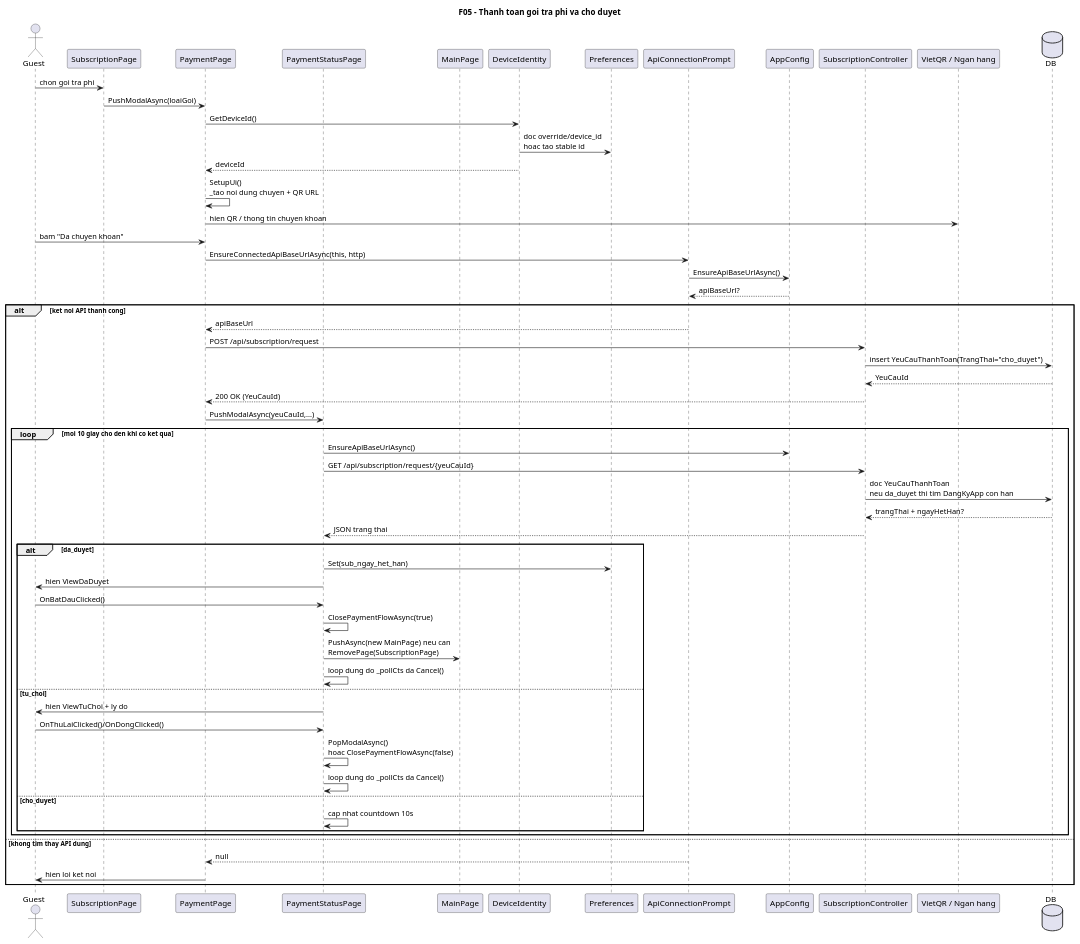
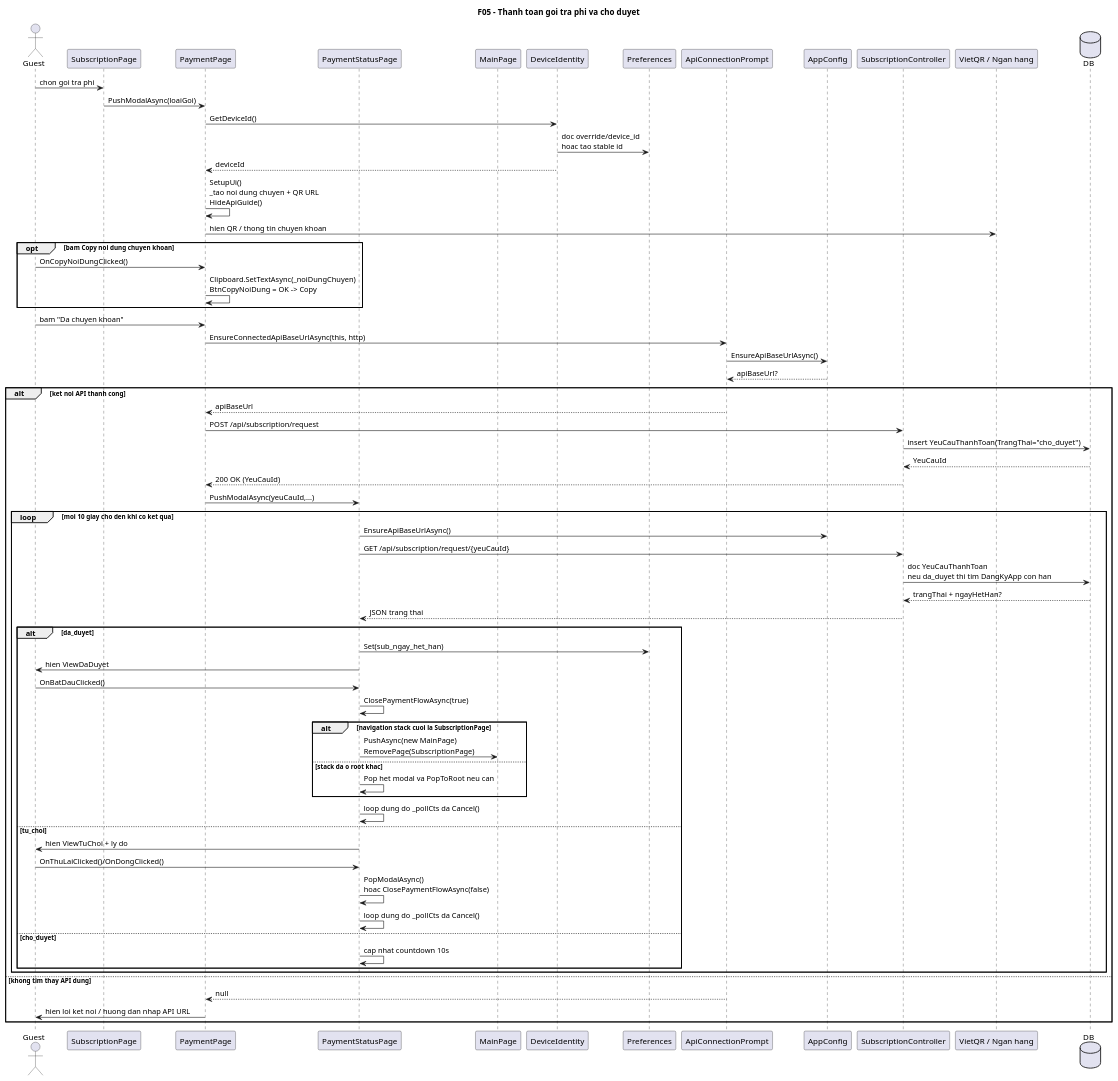
One commit to VoBao182/PhoAmThuc changed the diagram in docs/diagrams/05-paid-plan-sequence.puml. Above: the diagram before and after it, drawn with PlantUML. The commit also changed 11 other files, not shown here.

```diff
--- a/docs/diagrams/05-paid-plan-sequence.puml
+++ b/docs/diagrams/05-paid-plan-sequence.puml
@@ -1,75 +1,84 @@
 @startuml
 ' Diagram: F05 - Thanh toan goi tra phi va cho duyet (Sequence)
 ' Status: VERIFIED
 ' Baseline: branch master, current worktree @ HEAD 3158ff7
 ' Source:
 ' - VinhKhanhTourDemo/SubscriptionPage.xaml.cs: OnMuaGoiClicked()
 ' - VinhKhanhTourDemo/PaymentPage.xaml.cs: SetupUi(), OnDaChuyenKhoanClicked()
 ' - VinhKhanhTourDemo/DeviceIdentity.cs: GetDeviceId()
 ' - VinhKhanhTourDemo/ApiConnectionPrompt.cs: EnsureConnectedApiBaseUrlAsync()
 ' - VinhKhanhTourDemo/PaymentStatusPage.xaml.cs: StartPollingAsync(), PollStatusAsync(), ClosePaymentFlowAsync()
 ' - VinhKhanhTour.API/Controllers/SubscriptionController.cs: CreateRequest(), GetRequestStatus()
-' Note: Sequence da khop voi DeviceIdentity.GetDeviceId(), polling 10 giay, va ClosePaymentFlowAsync hien tai.
+' Note: Sequence chi tiet hoa tao transfer note/QR, prompt API URL thu cong, polling 10 giay, va xu ly modal stack sau khi duyet/tu choi.
 title F05 - Thanh toan goi tra phi va cho duyet
 
 actor Guest
 participant SubscriptionPage
 participant PaymentPage
 participant PaymentStatusPage
 participant MainPage
 participant DeviceIdentity
 participant Preferences
 participant ApiConnectionPrompt
 participant AppConfig
 participant "SubscriptionController" as SubscriptionController
 participant "VietQR / Ngan hang" as Bank
 database DB
 
 Guest -> SubscriptionPage: chon goi tra phi
 SubscriptionPage -> PaymentPage: PushModalAsync(loaiGoi)
 PaymentPage -> DeviceIdentity: GetDeviceId()
 DeviceIdentity -> Preferences: doc override/device_id\nhoac tao stable id
 DeviceIdentity --> PaymentPage: deviceId
-PaymentPage -> PaymentPage: SetupUi()\n_tao noi dung chuyen + QR URL
+PaymentPage -> PaymentPage: SetupUi()\n_tao noi dung chuyen + QR URL\nHideApiGuide()
 PaymentPage -> Bank: hien QR / thong tin chuyen khoan
+
+opt bam Copy noi dung chuyen khoan
+  Guest -> PaymentPage: OnCopyNoiDungClicked()
+  PaymentPage -> PaymentPage: Clipboard.SetTextAsync(_noiDungChuyen)\nBtnCopyNoiDung = OK -> Copy
+end
 
 Guest -> PaymentPage: bam "Da chuyen khoan"
 PaymentPage -> ApiConnectionPrompt: EnsureConnectedApiBaseUrlAsync(this, http)
 ApiConnectionPrompt -> AppConfig: EnsureApiBaseUrlAsync()
 AppConfig --> ApiConnectionPrompt: apiBaseUrl?
 alt ket noi API thanh cong
   ApiConnectionPrompt --> PaymentPage: apiBaseUrl
   PaymentPage -> SubscriptionController: POST /api/subscription/request
   SubscriptionController -> DB: insert YeuCauThanhToan(TrangThai="cho_duyet")
   DB --> SubscriptionController: YeuCauId
   SubscriptionController --> PaymentPage: 200 OK (YeuCauId)
   PaymentPage -> PaymentStatusPage: PushModalAsync(yeuCauId,...)
 
 loop moi 10 giay cho den khi co ket qua
   PaymentStatusPage -> AppConfig: EnsureApiBaseUrlAsync()
   PaymentStatusPage -> SubscriptionController: GET /api/subscription/request/{yeuCauId}
   SubscriptionController -> DB: doc YeuCauThanhToan\nneu da_duyet thi tim DangKyApp con han
   DB --> SubscriptionController: trangThai + ngayHetHan?
   SubscriptionController --> PaymentStatusPage: JSON trang thai
 
   alt da_duyet
     PaymentStatusPage -> Preferences: Set(sub_ngay_het_han)
     PaymentStatusPage -> Guest: hien ViewDaDuyet
     Guest -> PaymentStatusPage: OnBatDauClicked()
     PaymentStatusPage -> PaymentStatusPage: ClosePaymentFlowAsync(true)
-    PaymentStatusPage -> MainPage: PushAsync(new MainPage) neu can\nRemovePage(SubscriptionPage)
+    alt navigation stack cuoi la SubscriptionPage
+      PaymentStatusPage -> MainPage: PushAsync(new MainPage)\nRemovePage(SubscriptionPage)
+    else stack da o root khac
+      PaymentStatusPage -> PaymentStatusPage: Pop het modal va PopToRoot neu can
+    end
     PaymentStatusPage -> PaymentStatusPage: loop dung do _pollCts da Cancel()
   else tu_choi
     PaymentStatusPage -> Guest: hien ViewTuChoi + ly do
     Guest -> PaymentStatusPage: OnThuLaiClicked()/OnDongClicked()
     PaymentStatusPage -> PaymentStatusPage: PopModalAsync()\nhoac ClosePaymentFlowAsync(false)
     PaymentStatusPage -> PaymentStatusPage: loop dung do _pollCts da Cancel()
   else cho_duyet
     PaymentStatusPage -> PaymentStatusPage: cap nhat countdown 10s
   end
 end
 else khong tim thay API dung
   ApiConnectionPrompt --> PaymentPage: null
-  PaymentPage -> Guest: hien loi ket noi
+  PaymentPage -> Guest: hien loi ket noi / huong dan nhap API URL
 end
 @enduml
```
